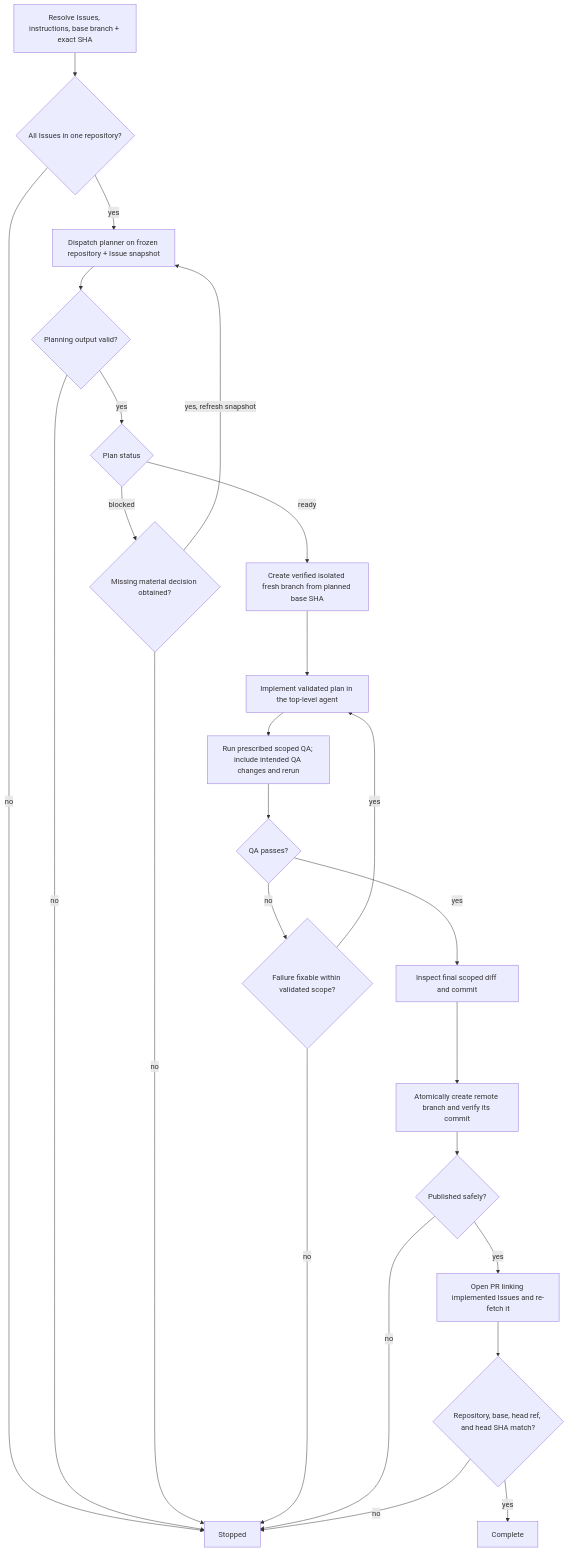
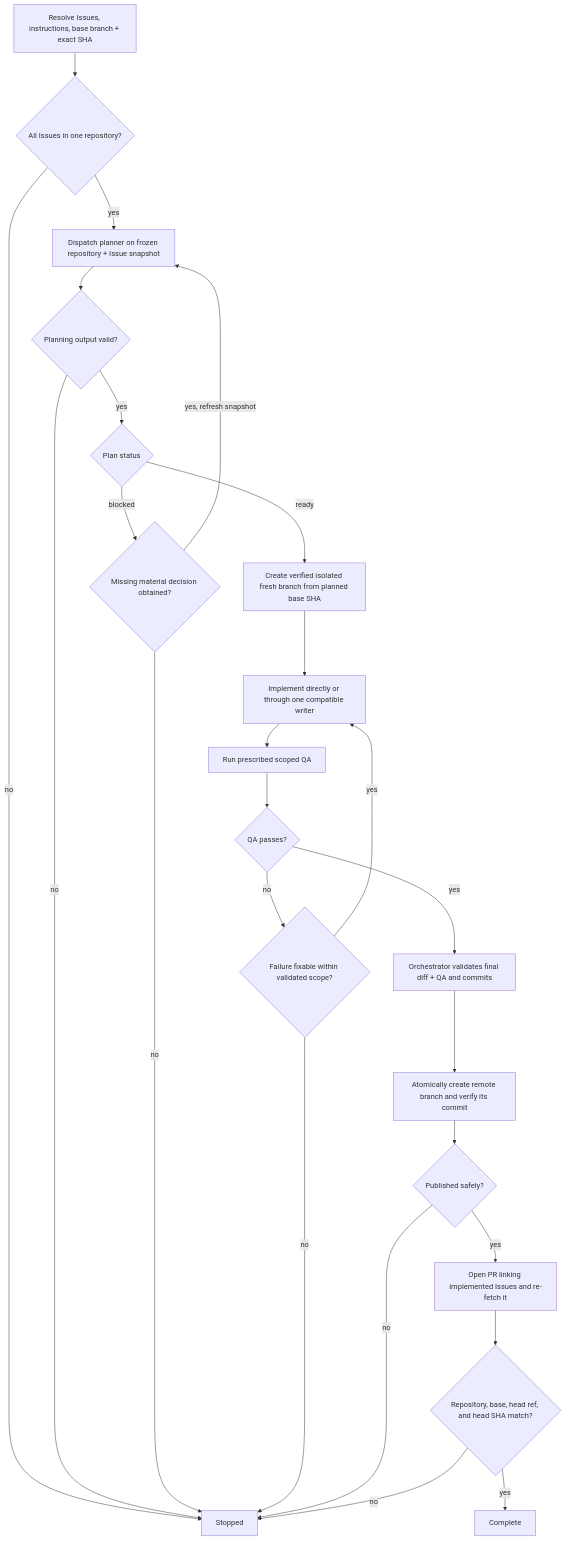
The diagram in skills/issue-to-pr/SKILL.md (dceoy/pr-loop), drawn with Mermaid before and after one commit. The commit also changed other lines of this file, not shown here.

Commit message:
Allow compatible implementation routing in issue-to-pr

````diff
--- a/skills/issue-to-pr/SKILL.md
+++ b/skills/issue-to-pr/SKILL.md
@@ -38,27 +40,27 @@
 ```mermaid
 flowchart TD
   A[Resolve Issues, instructions, base branch + exact SHA] --> B{All Issues in one repository?}
   B -->|no| X[Stopped]
   B -->|yes| C[Dispatch planner on frozen repository + Issue snapshot]
   C --> D{Planning output valid?}
   D -->|no| X
   D -->|yes| E{Plan status}
   E -->|blocked| F{Missing material decision obtained?}
   F -->|yes, refresh snapshot| C
   F -->|no| X
   E -->|ready| G[Create verified isolated fresh branch from planned base SHA]
-  G --> H[Implement validated plan in the top-level agent]
-  H --> I[Run prescribed scoped QA; include intended QA changes and rerun]
+  G --> H[Implement directly or through one compatible writer]
+  H --> I[Run prescribed scoped QA]
   I --> J{QA passes?}
   J -->|no| Q{Failure fixable within validated scope?}
   Q -->|yes| H
   Q -->|no| X
-  J -->|yes| K[Inspect final scoped diff and commit]
+  J -->|yes| K[Orchestrator validates final diff + QA and commits]
   K --> L[Atomically create remote branch and verify its commit]
   L --> M{Published safely?}
   M -->|no| X
   M -->|yes| N[Open PR linking implemented Issues and re-fetch it]
   N --> O{Repository, base, head ref, and head SHA match?}
   O -->|no| X
   O -->|yes| P[Complete]
 ```
````
